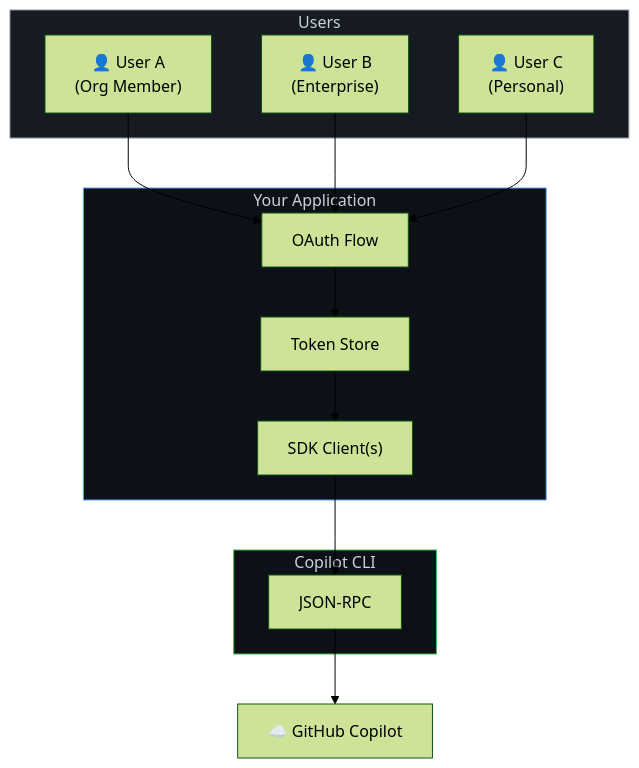
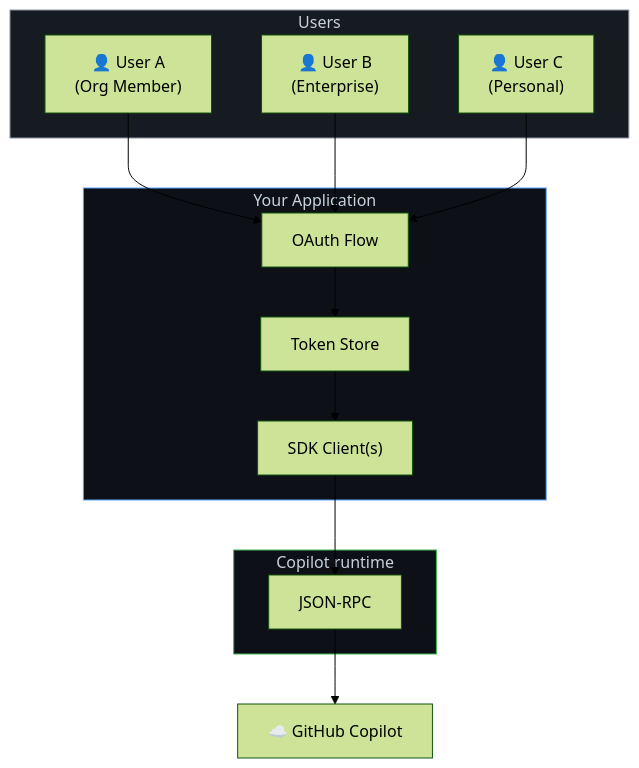
One commit to jeremiahjordanisaacson/copilot-sdk-supercharged changed the second of 4 diagrams in docs/setup/github-oauth.md. Above: the diagram before and after it, drawn with Mermaid (forest theme). The commit also changed other lines of this file and 35 other files, not shown here.

````diff
--- a/docs/setup/github-oauth.md
+++ b/docs/setup/github-oauth.md
@@ -44,30 +44,30 @@
 ```mermaid
 flowchart TB
     subgraph Users["Users"]
         U1["👤 User A<br/>(Org Member)"]
         U2["👤 User B<br/>(Enterprise)"]
         U3["👤 User C<br/>(Personal)"]
     end
 
     subgraph App["Your Application"]
         OAuth["OAuth Flow"]
         TokenStore["Token Store"]
         SDK["SDK Client(s)"]
     end
 
-    subgraph CLI["Copilot CLI"]
+    subgraph Runtime["Copilot runtime"]
         RPC["JSON-RPC"]
     end
 
     U1 --> OAuth
     U2 --> OAuth
     U3 --> OAuth
     OAuth --> TokenStore
     TokenStore --> SDK
     SDK --> RPC
     RPC --> Copilot["☁️ GitHub Copilot"]
 
     style Users fill:#161b22,stroke:#8b949e,color:#c9d1d9
     style App fill:#0d1117,stroke:#58a6ff,color:#c9d1d9
-    style CLI fill:#0d1117,stroke:#3fb950,color:#c9d1d9
+    style Runtime fill:#0d1117,stroke:#3fb950,color:#c9d1d9
 ```
````
